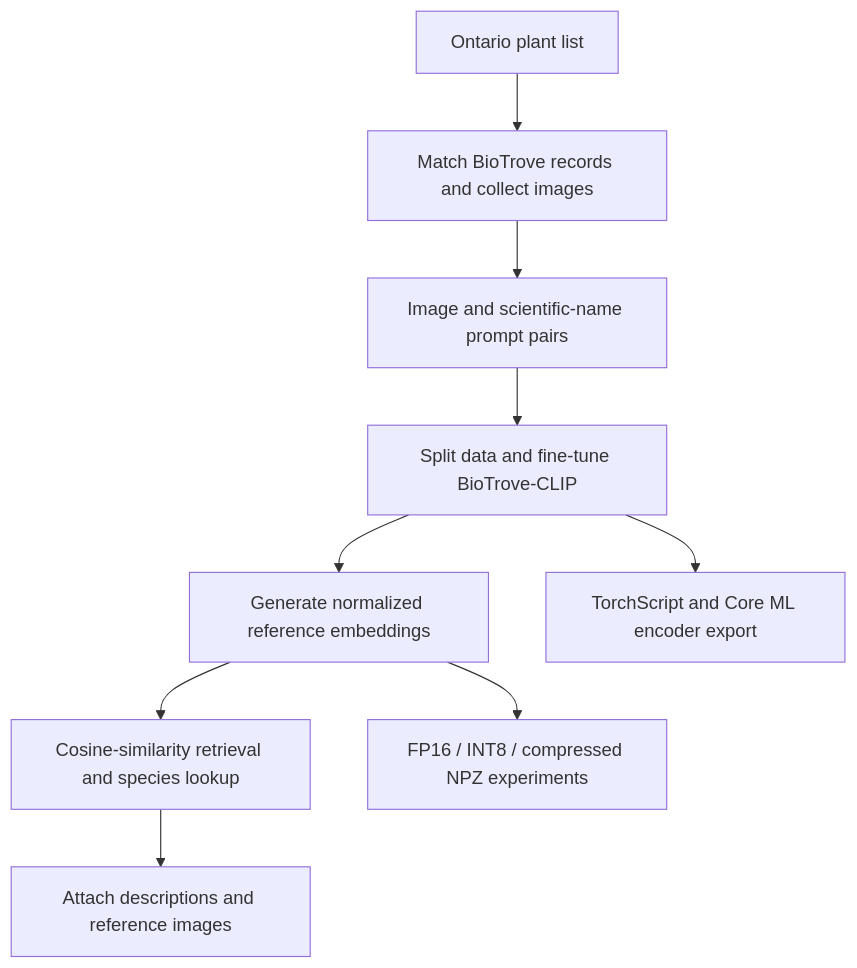
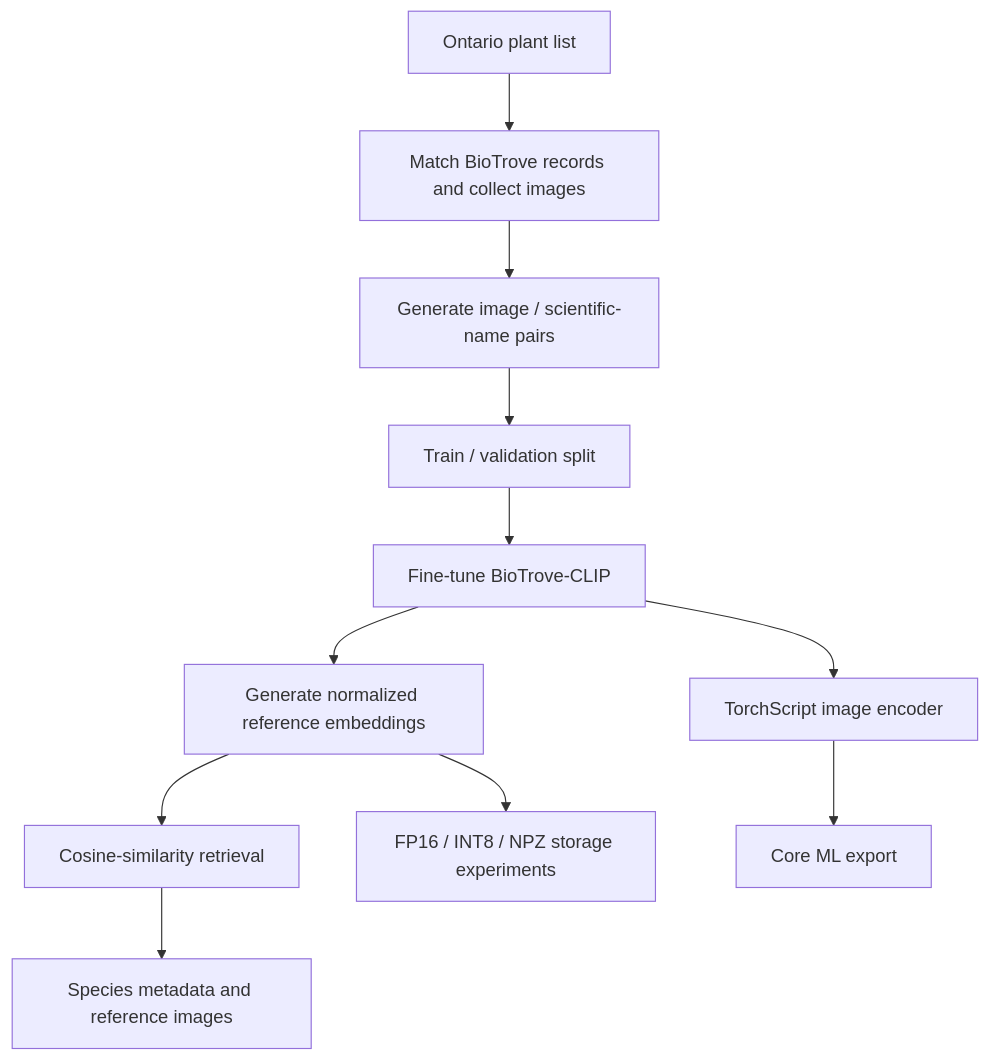
One commit to SteveCutler/plant_dexter changed the diagram in README.md. Above: the diagram before and after it, drawn with Mermaid. The commit also changed other lines of this file, not shown here.

````diff
--- a/README.md
+++ b/README.md
@@ -11,11 +23,13 @@
 ```mermaid
 flowchart TD
     A[Ontario plant list] --> B[Match BioTrove records and collect images]
-    B --> C[Image and scientific-name prompt pairs]
-    C --> D[Split data and fine-tune BioTrove-CLIP]
-    D --> E[Generate normalized reference embeddings]
-    E --> F[Cosine-similarity retrieval and species lookup]
-    F --> G[Attach descriptions and reference images]
-    E --> H[FP16 / INT8 / compressed NPZ experiments]
-    D --> I[TorchScript and Core ML encoder export]
+    B --> C[Generate image / scientific-name pairs]
+    C --> D[Train / validation split]
+    D --> E[Fine-tune BioTrove-CLIP]
+    E --> F[Generate normalized reference embeddings]
+    F --> G[Cosine-similarity retrieval]
+    G --> H[Species metadata and reference images]
+    F --> I[FP16 / INT8 / NPZ storage experiments]
+    E --> J[TorchScript image encoder]
+    J --> K[Core ML export]
 ```
````
